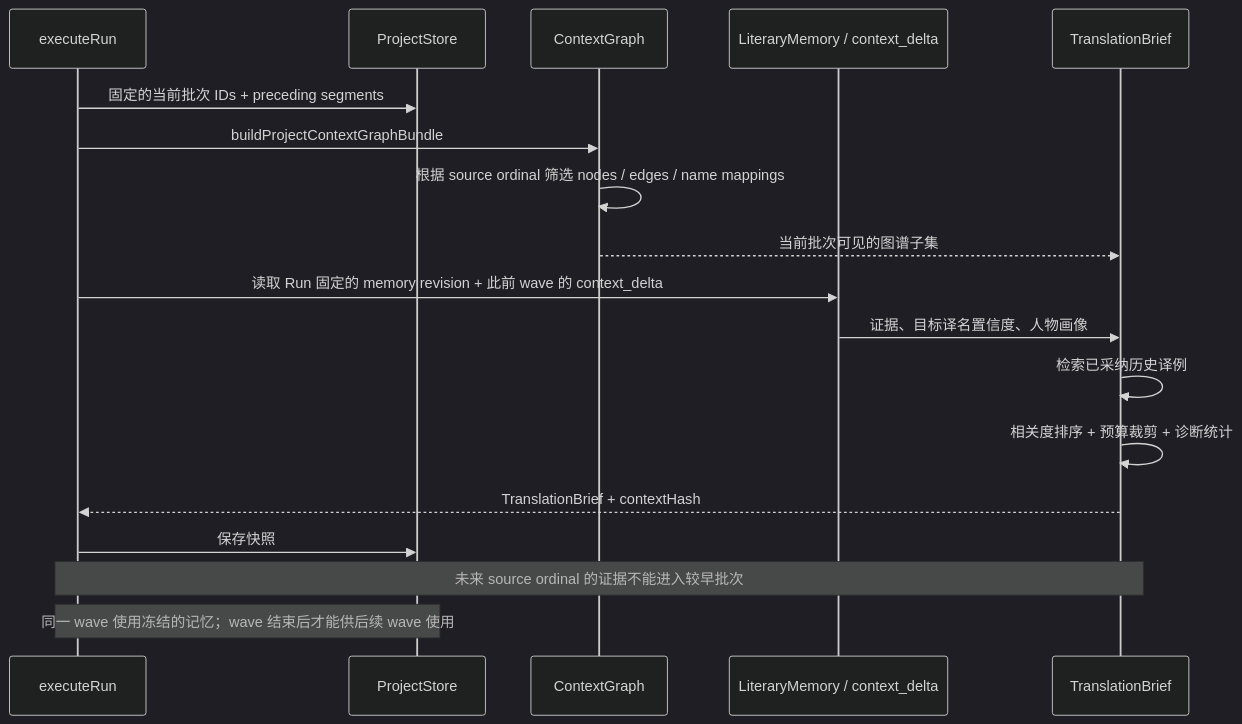
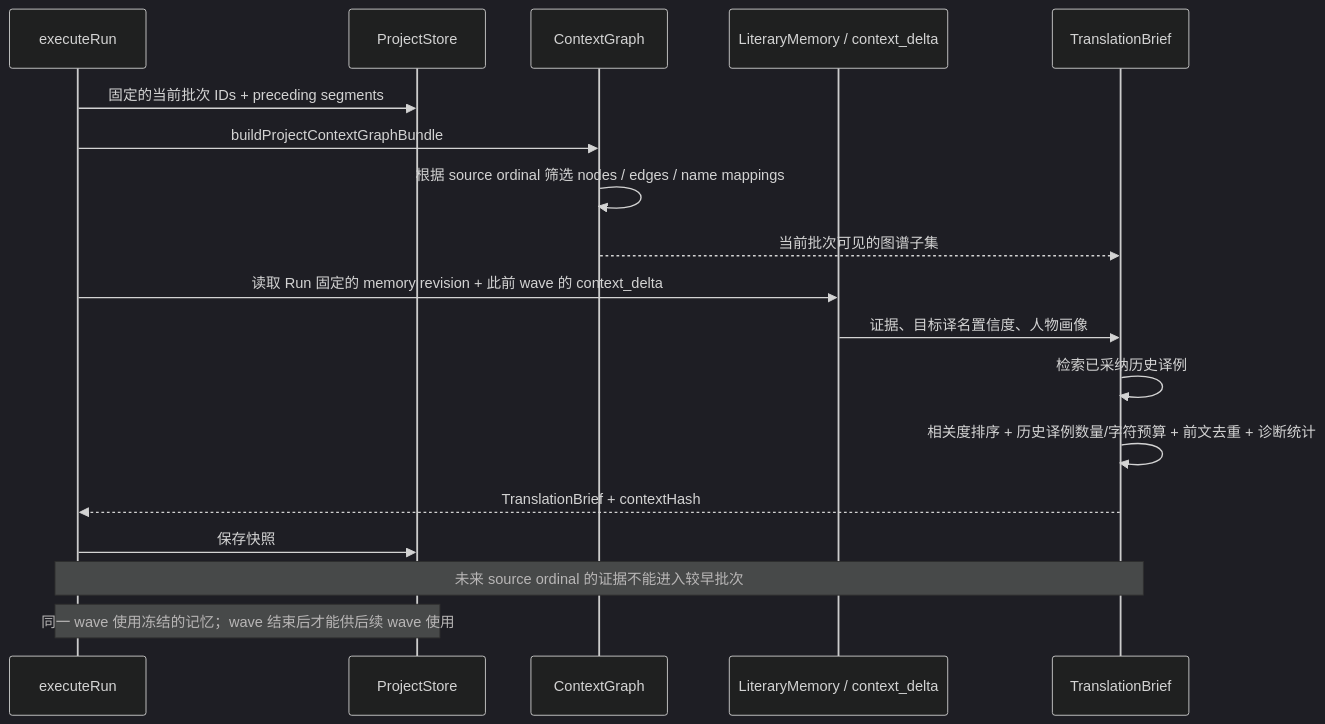
Before and after one commit to saga/vocal-saga: the fourth of 5 diagrams in docs/LOCAL_AGENT_SERVICE_ARCHITECTURE.md, drawn with Mermaid (dark theme). The commit also changed other lines of this file, not shown here.

Commit message:
Update architecture docs for bounded TranslationBrief examples

````diff
--- a/docs/LOCAL_AGENT_SERVICE_ARCHITECTURE.md
+++ b/docs/LOCAL_AGENT_SERVICE_ARCHITECTURE.md
@@ -155,20 +155,20 @@
 ```mermaid
 sequenceDiagram
     participant Run as executeRun
     participant Store as ProjectStore
     participant Graph as ContextGraph
     participant Memory as LiteraryMemory / context_delta
     participant Brief as TranslationBrief
     Run->>Store: 固定的当前批次 IDs + preceding segments
     Run->>Graph: buildProjectContextGraphBundle
     Graph->>Graph: 根据 source ordinal 筛选 nodes / edges / name mappings
     Graph-->>Brief: 当前批次可见的图谱子集
     Run->>Memory: 读取 Run 固定的 memory revision + 此前 wave 的 context_delta
     Memory->>Brief: 证据、目标译名置信度、人物画像
     Brief->>Brief: 检索已采纳历史译例
-    Brief->>Brief: 相关度排序 + 预算裁剪 + 诊断统计
+    Brief->>Brief: 相关度排序 + 历史译例数量/字符预算 + 前文去重 + 诊断统计
     Brief-->>Run: TranslationBrief + contextHash
     Run->>Store: 保存快照
     Note over Run,Brief: 未来 source ordinal 的证据不能进入较早批次
     Note over Run,Store: 同一 wave 使用冻结的记忆；wave 结束后才能供后续 wave 使用
 ```
````
